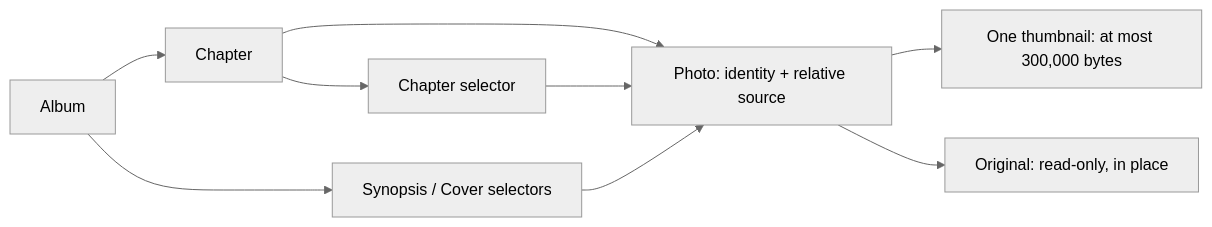
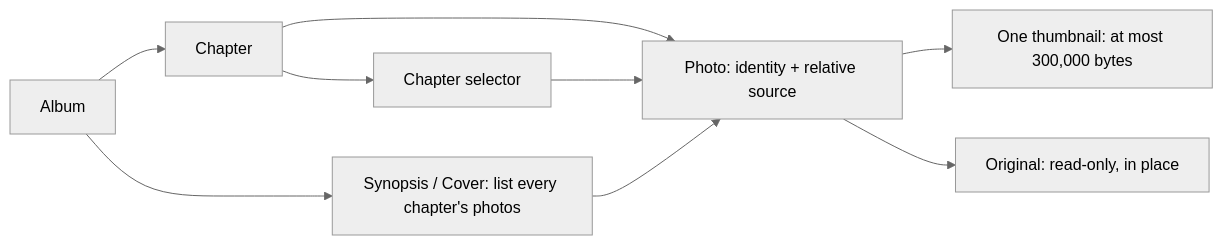
One commit to Shepherd-s-Den/photography changed the first of 2 diagrams in specs/changes/chapter-photo-import/proposal.md. Above: the diagram before and after it, drawn with Mermaid (neutral theme). The commit also changed other lines of this file, not shown here.

````diff
--- a/specs/changes/chapter-photo-import/proposal.md
+++ b/specs/changes/chapter-photo-import/proposal.md
@@ -15,11 +15,11 @@
 ```mermaid
 flowchart LR
   Album --> Chapter
   Chapter --> Photo["Photo: identity + relative source"]
   Photo --> Thumbnail["One thumbnail: at most 300,000 bytes"]
   Photo --> Original["Original: read-only, in place"]
   Chapter --> ChapterSelector["Chapter selector"]
-  Album --> AlbumSelector["Synopsis / Cover selectors"]
+  Album --> AlbumSelector["Synopsis / Cover: list every chapter's photos"]
   ChapterSelector --> Photo
   AlbumSelector --> Photo
 ```
````
